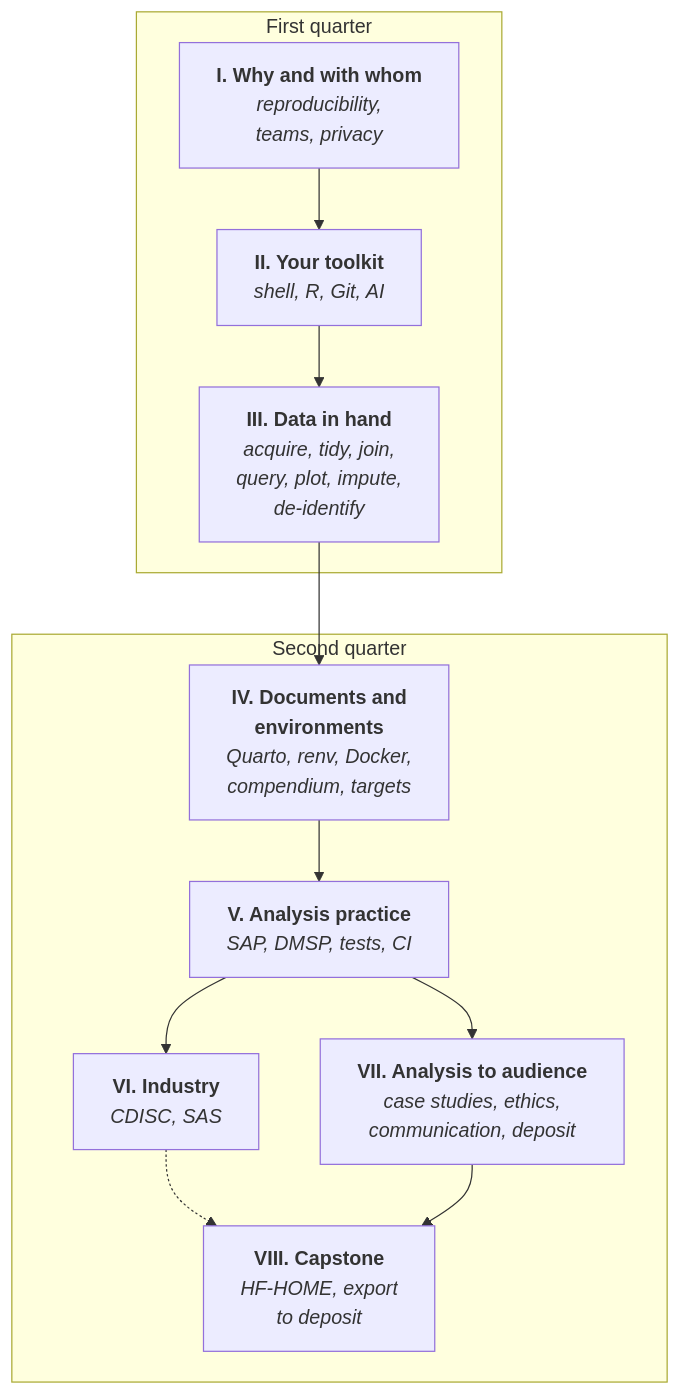
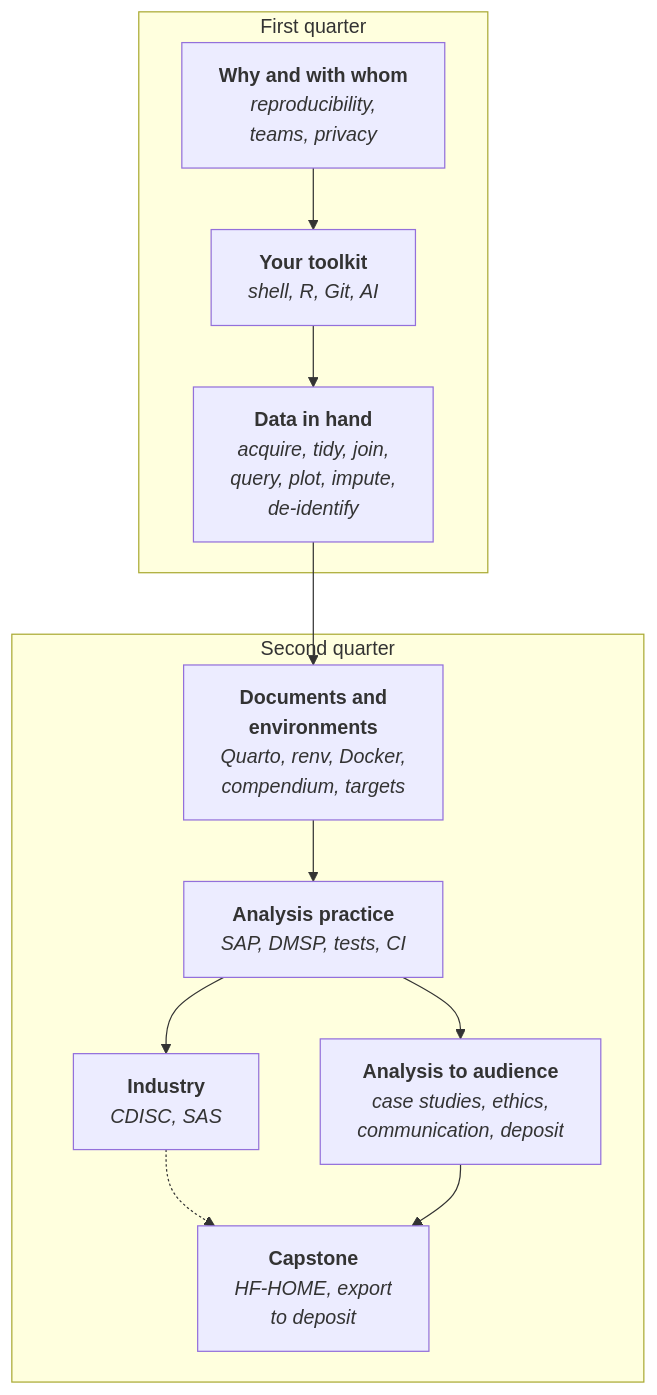
The diagram in analysis/report/00-intro.qmd (rgt47/practicum), drawn with Mermaid before and after one commit. The commit also changed other lines of this file and 12 other files, not shown here.

````diff
--- a/analysis/report/00-intro.qmd
+++ b/analysis/report/00-intro.qmd
@@ -103,34 +108,34 @@
 ```{mermaid}
 %%| echo: false
 %%| label: fig-book-map
 %%| fig-alt: "Flowchart of the book's eight parts in two groups,
 %%|   one per quarter. In the first quarter, Why and with whom leads
 %%|   to Your toolkit, which leads to Data in hand. Data in hand
 %%|   leads into the second quarter at Documents and environments,
 %%|   which leads to Analysis practice. Analysis practice branches
 %%|   to Industry and to Analysis to audience, and both converge on
 %%|   the Capstone."
 %%| fig-cap: "The eight parts of the book and what each depends on.
 %%|   The first quarter ends with a dataset you can trust; the
 %%|   second makes the analysis of it rebuildable, defensible, and
 %%|   readable. Industry is a branch that the capstone draws on but
 %%|   does not require; everything else feeds the capstone directly."
 flowchart TD
   subgraph Q1["First quarter"]
-    P1["<b>I. Why and with whom</b><br/><i>reproducibility,<br/>teams, privacy</i>"]
-    P2["<b>II. Your toolkit</b><br/><i>shell, R, Git, AI</i>"]
-    P3["<b>III. Data in hand</b><br/><i>acquire, tidy, join,<br/>query, plot, impute,<br/>de-identify</i>"]
+    P1["<b>Why and with whom</b><br/><i>reproducibility,<br/>teams, privacy</i>"]
+    P2["<b>Your toolkit</b><br/><i>shell, R, Git, AI</i>"]
+    P3["<b>Data in hand</b><br/><i>acquire, tidy, join,<br/>query, plot, impute,<br/>de-identify</i>"]
   end
   subgraph Q2["Second quarter"]
-    P4["<b>IV. Documents and<br/>environments</b><br/><i>Quarto, renv, Docker,<br/>compendium, targets</i>"]
-    P5["<b>V. Analysis practice</b><br/><i>SAP, DMSP, tests, CI</i>"]
-    P6["<b>VI. Industry</b><br/><i>CDISC, SAS</i>"]
-    P7["<b>VII. Analysis to audience</b><br/><i>case studies, ethics,<br/>communication, deposit</i>"]
-    P8["<b>VIII. Capstone</b><br/><i>HF-HOME, export<br/>to deposit</i>"]
+    P4["<b>Documents and<br/>environments</b><br/><i>Quarto, renv, Docker,<br/>compendium, targets</i>"]
+    P5["<b>Analysis practice</b><br/><i>SAP, DMSP, tests, CI</i>"]
+    P6["<b>Industry</b><br/><i>CDISC, SAS</i>"]
+    P7["<b>Analysis to audience</b><br/><i>case studies, ethics,<br/>communication, deposit</i>"]
+    P8["<b>Capstone</b><br/><i>HF-HOME, export<br/>to deposit</i>"]
   end
   P1 --> P2 --> P3 --> P4 --> P5
   P5 --> P6
   P5 --> P7
   P6 -.-> P8
   P7 --> P8
 ```
````
